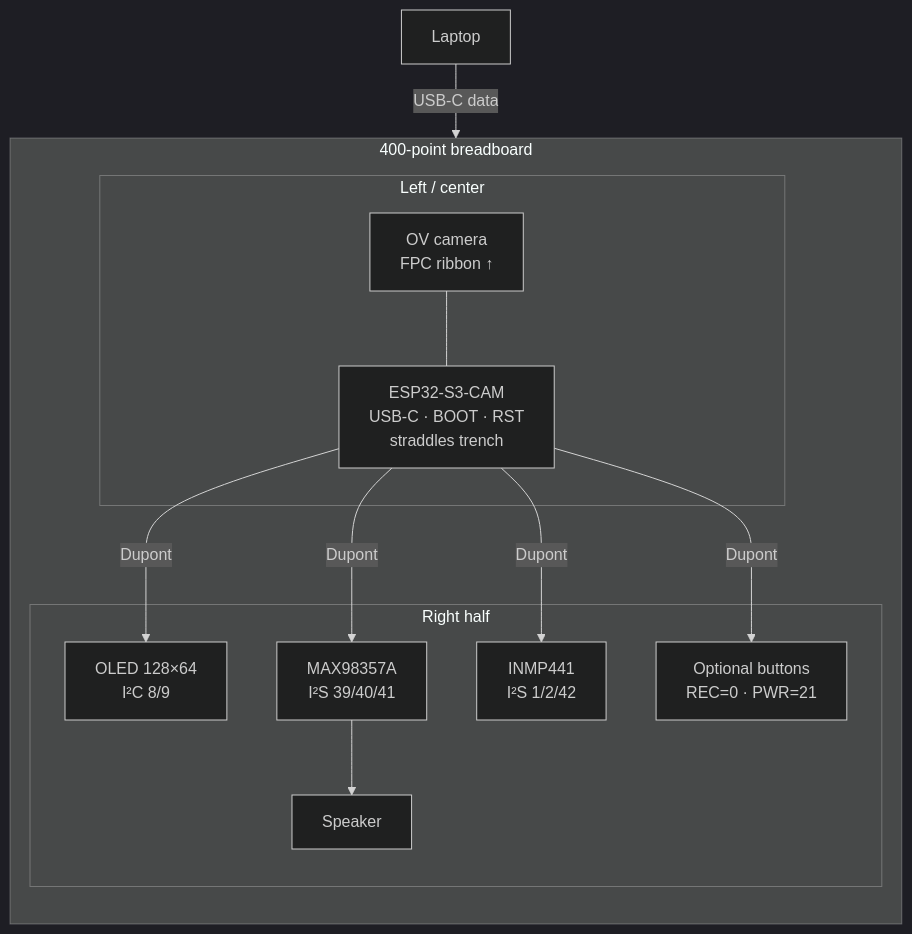
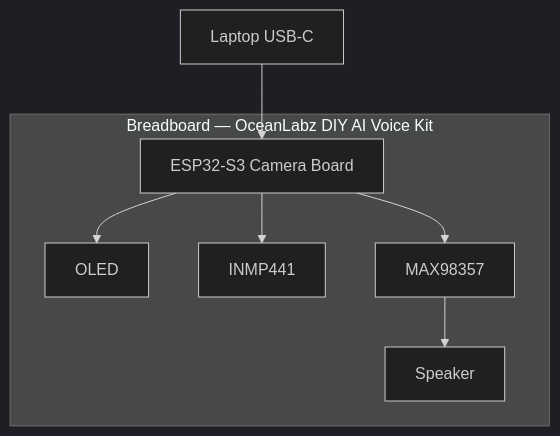
One commit to akashsoni01/zoop changed the third of 4 diagrams in physical-components/README.md. Above: the diagram before and after it, drawn with Mermaid (dark theme). The commit also changed other lines of this file and 9 other files, not shown here.

````diff
--- a/physical-components/README.md
+++ b/physical-components/README.md
@@ -211,24 +147,14 @@
 ```mermaid
 flowchart TB
-  subgraph BB["400-point breadboard"]
-    direction TB
-    subgraph LEFT["Left / center"]
-      ESP["ESP32-S3-CAM<br/>USB-C · BOOT · RST<br/>straddles trench"]
-      CAM["OV camera<br/>FPC ribbon ↑"]
-      CAM --- ESP
-    end
-    subgraph RIGHT["Right half"]
-      OLED["OLED 128×64<br/>I²C 8/9"]
-      MIC["INMP441<br/>I²S 1/2/42"]
-      AMP["MAX98357A<br/>I²S 39/40/41"]
-      SPK["Speaker"]
-      BTN["Optional buttons<br/>REC=0 · PWR=21"]
-      AMP --> SPK
-    end
-    ESP -->|Dupont| OLED
-    ESP -->|Dupont| MIC
-    ESP -->|Dupont| AMP
-    ESP -->|Dupont| BTN
+  subgraph BB["Breadboard — OceanLabz DIY AI Voice Kit"]
+    ESP["ESP32-S3 Camera Board"]
+    OLED["OLED"]
+    MIC["INMP441"]
+    AMP["MAX98357"]
+    SPK["Speaker"]
+    ESP --> OLED
+    ESP --> MIC
+    ESP --> AMP --> SPK
   end
-  LAPTOP["Laptop"] -->|USB-C data| ESP
+  PC["Laptop USB-C"] --> ESP
 ```
````
